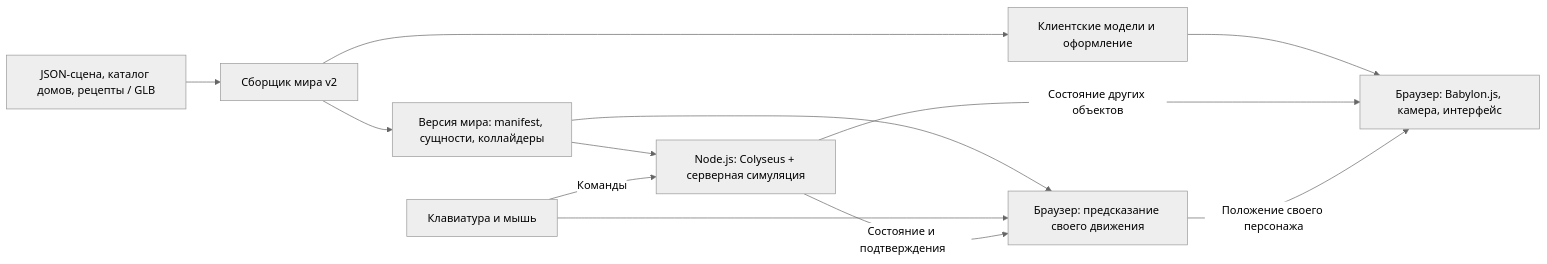
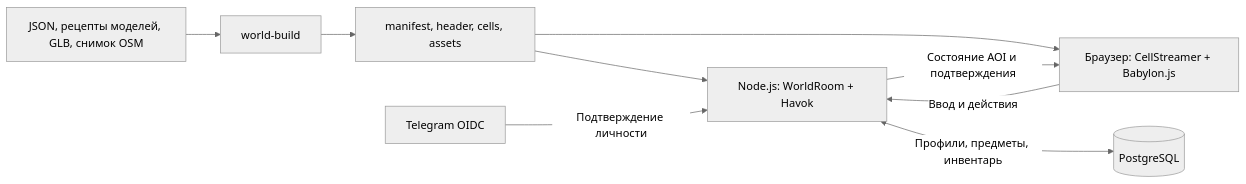
One commit to ftagn-superior/syktyvkar-underground changed the diagram in docs/architecture.md. Above: the diagram before and after it, drawn with Mermaid (neutral theme). The commit also changed other lines of this file and 32 other files, not shown here.

````diff
--- a/docs/architecture.md
+++ b/docs/architecture.md
@@ -31,14 +9,11 @@
 ```mermaid
 flowchart LR
-    SOURCE["JSON-сцена, каталог домов, рецепты / GLB"] --> BUILD["Сборщик мира v2"]
-    BUILD --> WORLD["Версия мира: manifest, сущности, коллайдеры"]
-    BUILD --> ASSETS["Клиентские модели и оформление"]
-    WORLD --> SERVER["Node.js: Colyseus + серверная симуляция"]
-    WORLD --> PREDICT["Браузер: предсказание своего движения"]
-    ASSETS --> VIEW["Браузер: Babylon.js, камера, интерфейс"]
-    INPUT["Клавиатура и мышь"] --> PREDICT
-    INPUT -->|"Команды"| SERVER
-    SERVER -->|"Состояние и подтверждения"| PREDICT
-    SERVER -->|"Состояние других объектов"| VIEW
-    PREDICT -->|"Положение своего персонажа"| VIEW
+    SOURCE["JSON, рецепты моделей, GLB, снимок OSM"] --> BUILD["world-build"]
+    BUILD --> BUNDLE["manifest, header, cells, assets"]
+    BUNDLE --> SERVER["Node.js: WorldRoom + Havok"]
+    BUNDLE --> CLIENT["Браузер: CellStreamer + Babylon.js"]
+    CLIENT -->|"Ввод и действия"| SERVER
+    SERVER -->|"Состояние AOI и подтверждения"| CLIENT
+    SERVER <-->|"Профили, предметы, инвентарь"| DB[(PostgreSQL)]
+    OIDC["Telegram OIDC"] -->|"Подтверждение личности"| SERVER
 ```
````
